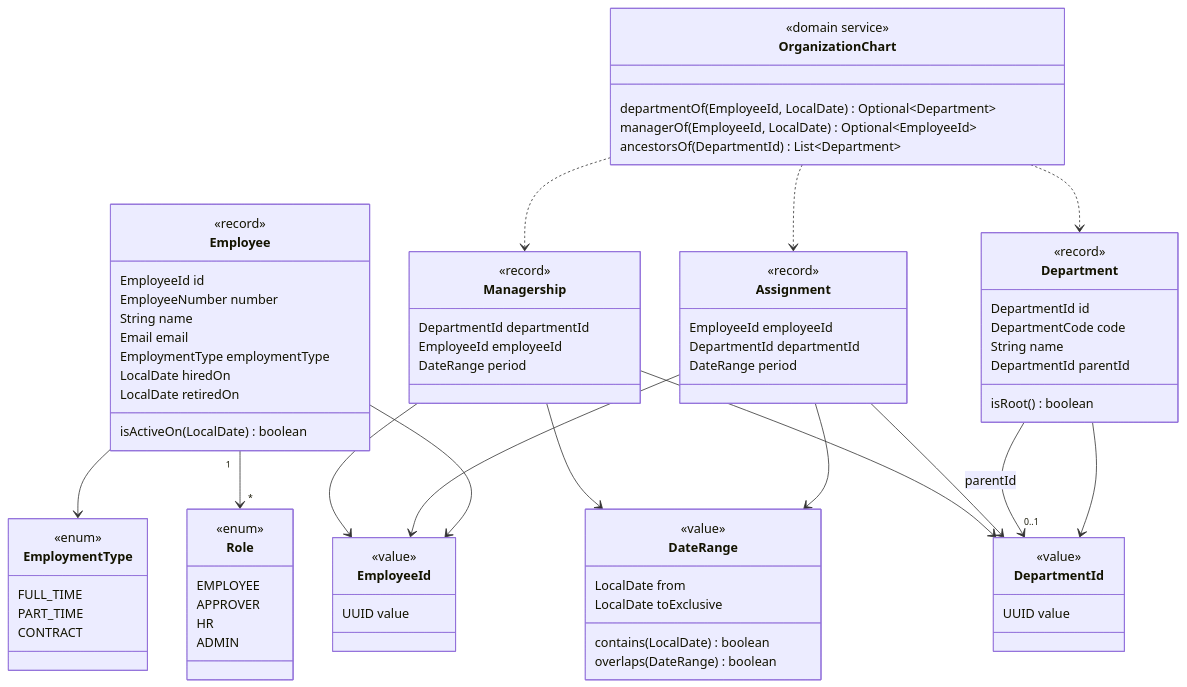
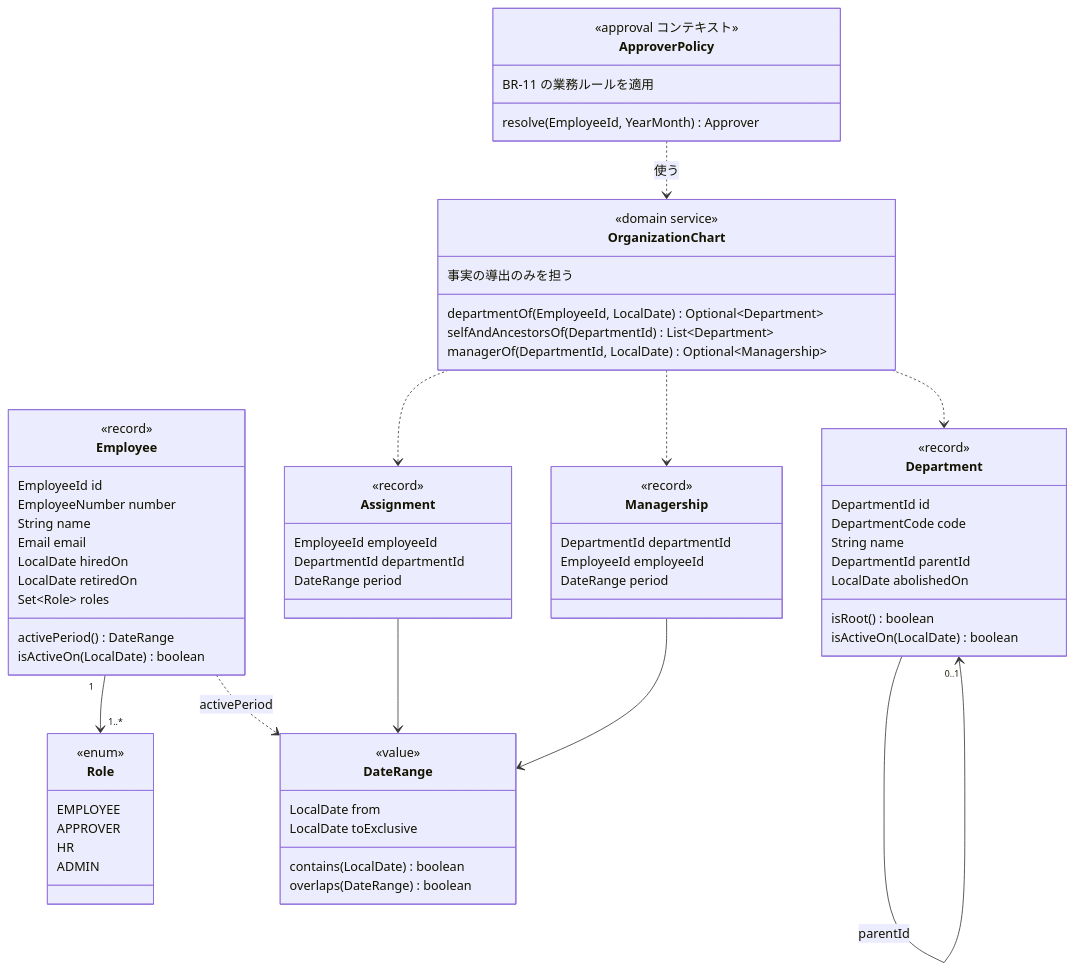
Before and after one commit to masaki-i02/newJavaProject: the diagram in doc/02_詳細設計/01_社員・組織/diagrams/ドメインモデル.mmd, drawn with Mermaid. The commit also changed 26 other files, not shown here.

```diff
--- a/doc/02_詳細設計/01_社員・組織/diagrams/ドメインモデル.mmd
+++ b/doc/02_詳細設計/01_社員・組織/diagrams/ドメインモデル.mmd
@@ -1,83 +1,73 @@
 classDiagram
     direction TB
 
-    class EmployeeId {
-        <<value>>
-        UUID value
-    }
     class Employee {
         <<record>>
         EmployeeId id
         EmployeeNumber number
         String name
         Email email
-        EmploymentType employmentType
         LocalDate hiredOn
         LocalDate retiredOn
+        Set~Role~ roles
+        activePeriod() DateRange
         isActiveOn(LocalDate) boolean
-    }
-    class EmploymentType {
-        <<enum>>
-        FULL_TIME
-        PART_TIME
-        CONTRACT
     }
     class Role {
         <<enum>>
         EMPLOYEE
         APPROVER
         HR
         ADMIN
     }
-    class DepartmentId {
-        <<value>>
-        UUID value
-    }
     class Department {
         <<record>>
         DepartmentId id
         DepartmentCode code
         String name
         DepartmentId parentId
+        LocalDate abolishedOn
         isRoot() boolean
+        isActiveOn(LocalDate) boolean
     }
     class Assignment {
         <<record>>
         EmployeeId employeeId
         DepartmentId departmentId
         DateRange period
     }
     class Managership {
         <<record>>
         DepartmentId departmentId
         EmployeeId employeeId
         DateRange period
     }
     class DateRange {
         <<value>>
         LocalDate from
         LocalDate toExclusive
         contains(LocalDate) boolean
         overlaps(DateRange) boolean
     }
     class OrganizationChart {
         <<domain service>>
+        事実の導出のみを担う
         departmentOf(EmployeeId, LocalDate) Optional~Department~
-        managerOf(EmployeeId, LocalDate) Optional~EmployeeId~
-        ancestorsOf(DepartmentId) List~Department~
+        selfAndAncestorsOf(DepartmentId) List~Department~
+        managerOf(DepartmentId, LocalDate) Optional~Managership~
+    }
+    class ApproverPolicy {
+        <<approval コンテキスト>>
+        BR-11 の業務ルールを適用
+        resolve(EmployeeId, YearMonth) Approver
     }
 
-    Employee --> EmployeeId
-    Employee --> EmploymentType
-    Employee "1" --> "*" Role
-    Department --> DepartmentId
-    Department --> "0..1" DepartmentId : parentId
-    Assignment --> EmployeeId
-    Assignment --> DepartmentId
+    Employee "1" --> "1..*" Role
+    Employee ..> DateRange : activePeriod
+    Department --> "0..1" Department : parentId
     Assignment --> DateRange
-    Managership --> DepartmentId
-    Managership --> EmployeeId
     Managership --> DateRange
     OrganizationChart ..> Assignment
     OrganizationChart ..> Managership
     OrganizationChart ..> Department
+    ApproverPolicy ..> OrganizationChart : 使う
```
